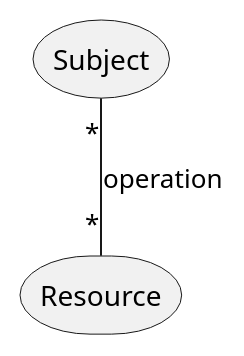
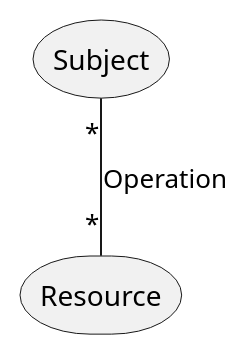
Before and after one commit to robbietree8/robbietree8.github.io: the diagram in assets/2021-04-10/snippet-1.puml, drawn with PlantUML. The commit also changed 1 other file, not shown here.

```diff
--- a/assets/2021-04-10/snippet-1.puml
+++ b/assets/2021-04-10/snippet-1.puml
@@ -1,6 +1,6 @@
 @startuml snippet-1
 storage Subject as S
 storage Resource as R
 
-S "*"--"*" R : operation
+S "*"--"*" R : Operation
 @enduml
```
